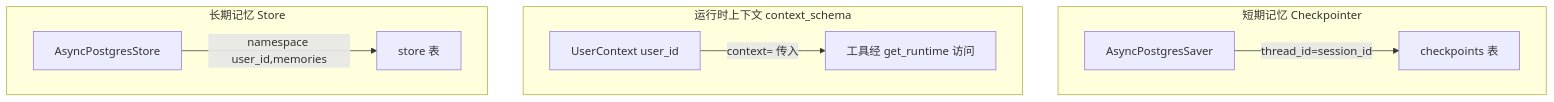
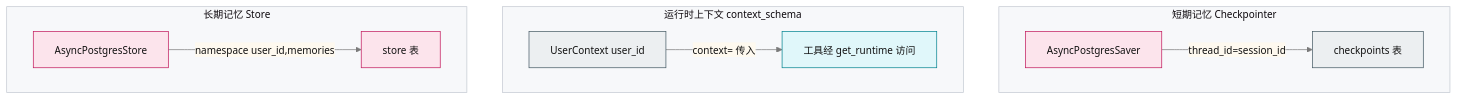
Before and after one commit to Zhuliqx/Agentchat: the sixth of 8 diagrams in docs/EXPLAIN.md, drawn with Mermaid. The commit also changed other lines of this file and 5 other files, not shown here.

Commit message:
优化mermaid图

````diff
--- a/docs/EXPLAIN.md
+++ b/docs/EXPLAIN.md
@@ -394,12 +412,16 @@
 ```mermaid
+%%{init: {"theme":"base", "themeVariables": {"primaryColor":"#ecf3ff", "primaryBorderColor":"#3b6fd4", "primaryTextColor":"#111", "lineColor":"#7a7a7a", "fontSize":"14px", "clusterBkg":"#f7f8fa", "clusterBorder":"#c4c9d2", "secondaryColor":"#fef9ef", "tertiaryColor":"#f2f7f2", "actorBkg":"#ecf3ff", "actorBorder":"#3b6fd4", "noteBkg":"#fef9ef"}}}%%
 graph TB
+    classDef mcp fill:#e0f7fa,stroke:#00838f
+    classDef mem fill:#fce4ec,stroke:#c2185b
+    classDef tool fill:#eceff1,stroke:#455a64
     subgraph 短期[短期记忆 Checkpointer]
-        A[AsyncPostgresSaver] -->|thread_id=session_id| B[checkpoints 表]
+        A[AsyncPostgresSaver]:::mem -->|thread_id=session_id| B[checkpoints 表]:::tool
     end
     subgraph 运行时[运行时上下文 context_schema]
-        C[UserContext user_id] -->|context= 传入| D[工具经 get_runtime 访问]
+        C[UserContext user_id]:::tool -->|context= 传入| D[工具经 get_runtime 访问]:::mcp
     end
     subgraph 长期[长期记忆 Store]
-        E[AsyncPostgresStore] -->|namespace user_id,memories| F[store 表]
+        E[AsyncPostgresStore]:::mem -->|namespace user_id,memories| F[store 表]:::mem
     end
 ```
````
